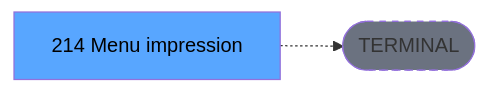
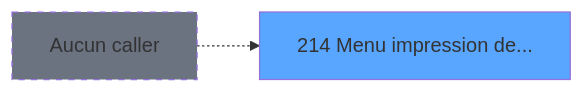
The second of 3 diagrams in .openspec/specs/ADH-IDE-214.md (thonyAGP/magic-migration), drawn with Mermaid before and after one commit. The commit also changed other lines of this file and 493 other files, not shown here.

````diff
--- a/.openspec/specs/ADH-IDE-214.md
+++ b/.openspec/specs/ADH-IDE-214.md
@@ -138,8 +209,8 @@
 ```mermaid
 graph LR
-    T[214 Menu impression]
-    TERM([TERMINAL])
-    T -.-> TERM
-    style TERM fill:#6b7280,stroke-dasharray: 5 5
-    style T fill:#58a6ff,color:#000
+    T214[214 Menu impression de...]
+    style T214 fill:#58a6ff
+    NONE[Aucun caller]
+    NONE -.-> T214
+    style NONE fill:#6b7280,stroke-dasharray: 5 5
 ```
````
